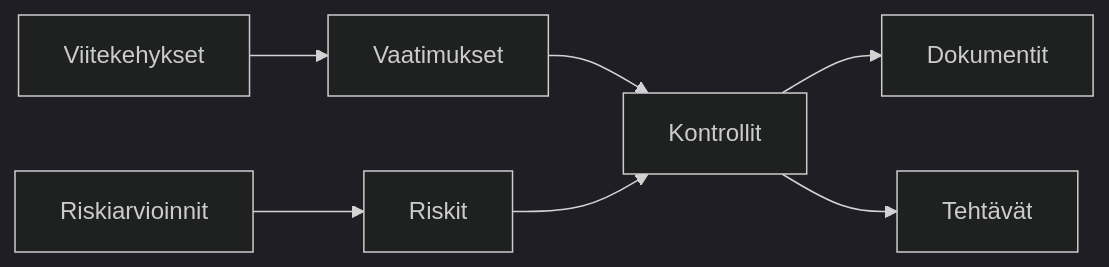
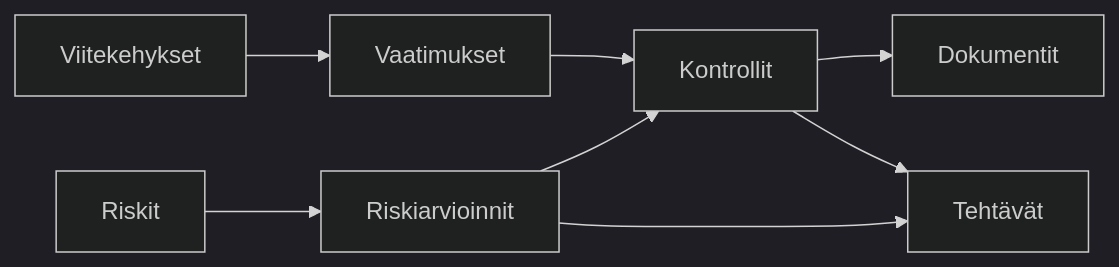
One commit to tekve/gover-docs changed the diagram in i18n/fi/docusaurus-plugin-content-docs/current/getting-started/intro.md. Above: the diagram before and after it, drawn with Mermaid (dark theme). The commit also changed 3 other files, not shown here.

Commit message:
Fix mermaid: Risk -> Assessment -> Controls/Tasks

````diff
--- a/i18n/fi/docusaurus-plugin-content-docs/current/getting-started/intro.md
+++ b/i18n/fi/docusaurus-plugin-content-docs/current/getting-started/intro.md
@@ -15,9 +15,10 @@
 ```mermaid
 flowchart LR
     F[Viitekehykset] --> R[Vaatimukset]
     R --> C[Kontrollit]
     C --> D[Dokumentit]
     C --> T[Tehtävät]
-    RI[Riskit] --> C
-    RA[Riskiarvioinnit] --> RI
+    RI[Riskit] --> RA[Riskiarvioinnit]
+    RA --> C
+    RA --> T
 ```
````
